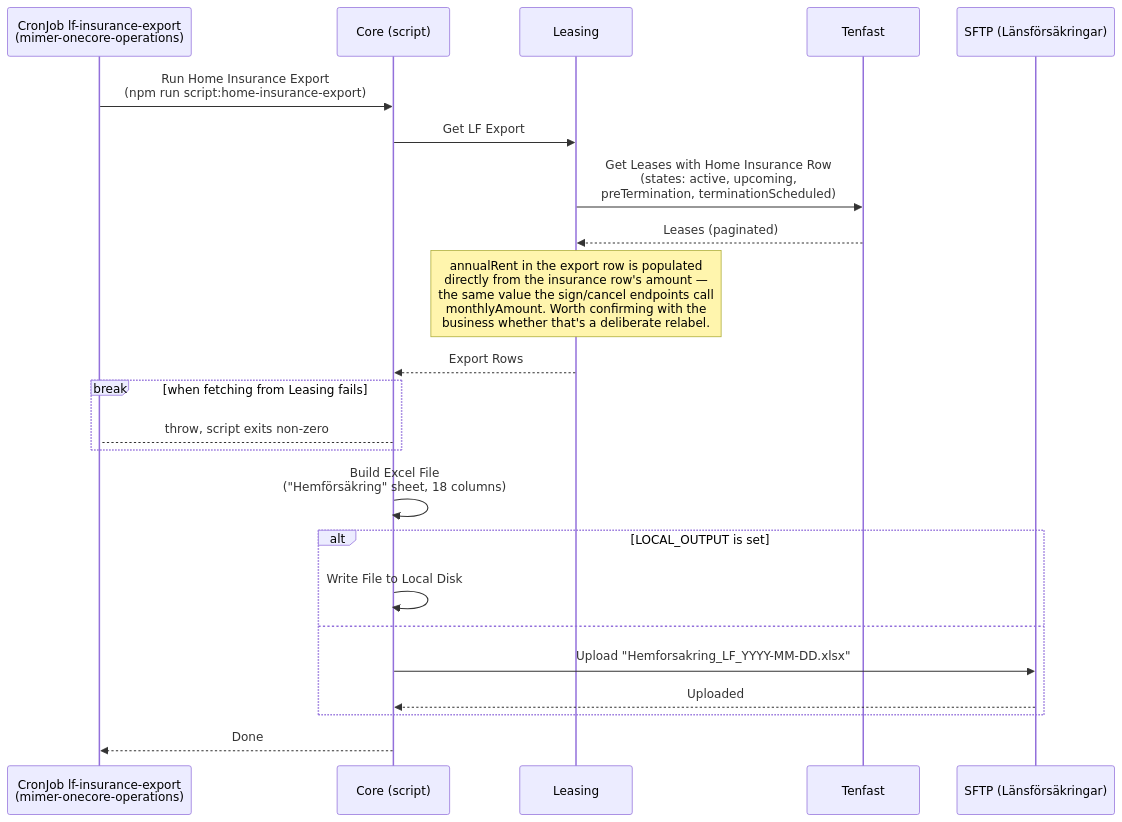
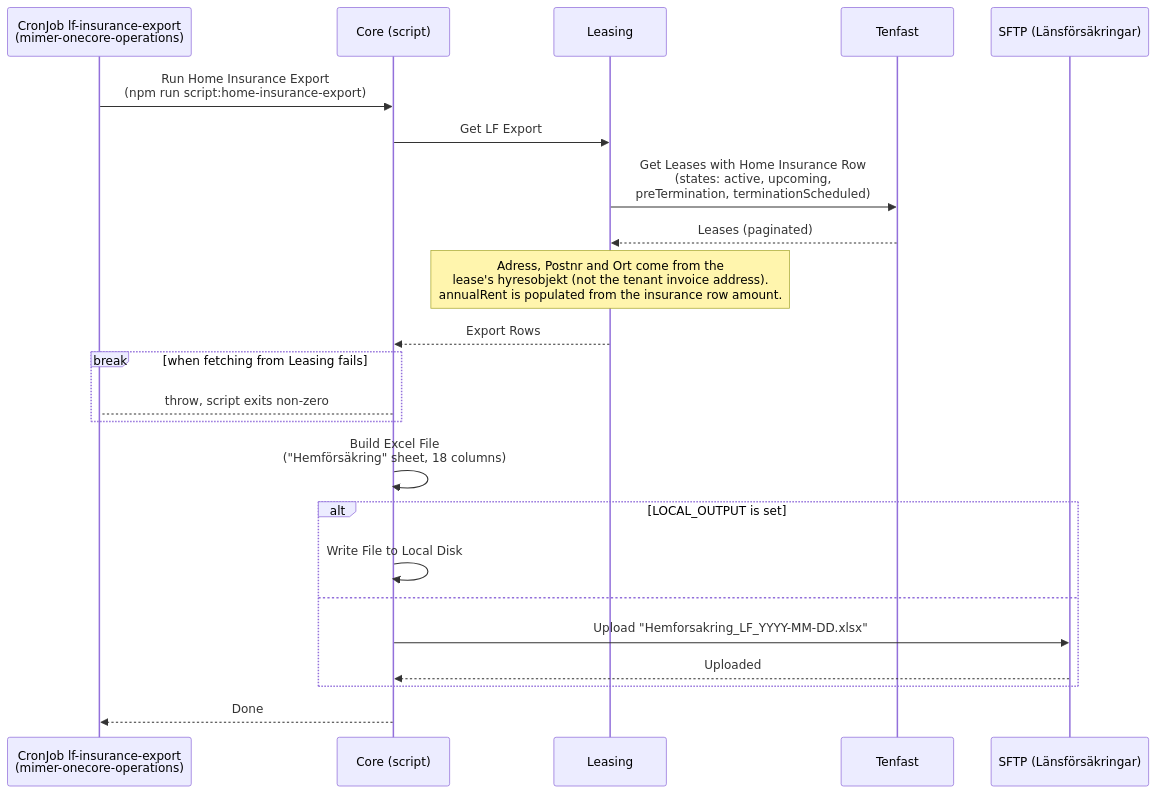
The second of 2 diagrams in core/src/processes/homeinsurance/DOCS_Export_Home_Insurance_to_Lansforsakringar.md (Bostads-AB-Mimer/onecore), drawn with Mermaid before and after one commit. The commit also changed 4 other files, not shown here.

First line of the commit message:
Use rental object address for LF export, not tenant invoice address

````diff
--- a/core/src/processes/homeinsurance/DOCS_Export_Home_Insurance_to_Lansforsakringar.md
+++ b/core/src/processes/homeinsurance/DOCS_Export_Home_Insurance_to_Lansforsakringar.md
@@ -29,32 +29,32 @@
 ```mermaid
 sequenceDiagram
     participant CronJob as CronJob lf-insurance-export<br/>(mimer-onecore-operations)
     participant Core as Core (script)
     participant Leasing as Leasing
     participant Tenfast as Tenfast
     participant SFTP as SFTP (Länsförsäkringar)
 
     CronJob ->> Core: Run Home Insurance Export<br/>(npm run script:home-insurance-export)
 
     Core ->> Leasing: Get LF Export
     Leasing ->> Tenfast: Get Leases with Home Insurance Row<br/>(states: active, upcoming,<br/>preTermination, terminationScheduled)
     Tenfast -->> Leasing: Leases (paginated)
-    note over Leasing: annualRent in the export row is populated<br/>directly from the insurance row's amount —<br/>the same value the sign/cancel endpoints call<br/>monthlyAmount. Worth confirming with the<br/>business whether that's a deliberate relabel.
+    note over Leasing: Adress, Postnr and Ort come from the<br/>lease's hyresobjekt (not the tenant invoice address).<br/>annualRent is populated from the insurance row amount.
     Leasing -->> Core: Export Rows
 
     break when fetching from Leasing fails
         Core-->CronJob: throw, script exits non-zero
     end
 
     Core ->> Core: Build Excel File<br/>("Hemförsäkring" sheet, 18 columns)
 
     alt LOCAL_OUTPUT is set
         Core ->> Core: Write File to Local Disk
     else
         Core ->> SFTP: Upload "Hemforsakring_LF_YYYY-MM-DD.xlsx"
         SFTP -->> Core: Uploaded
     end
 
     Core -->> CronJob: Done
 
 ```
````
